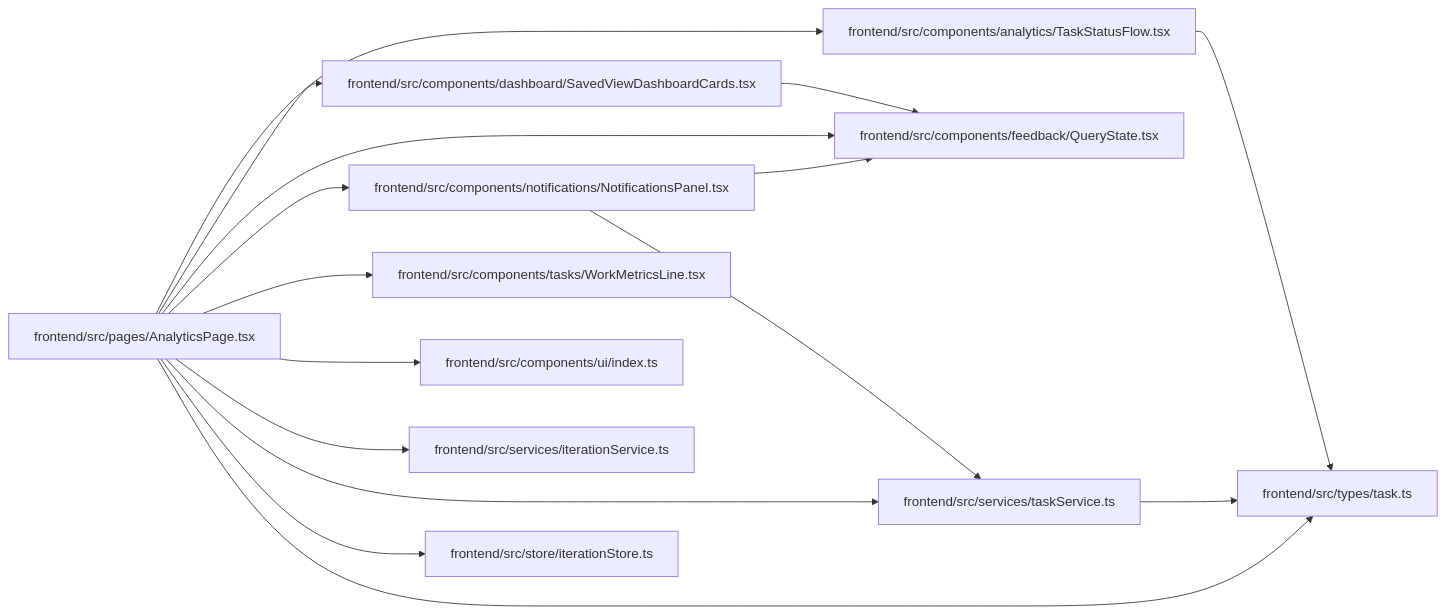
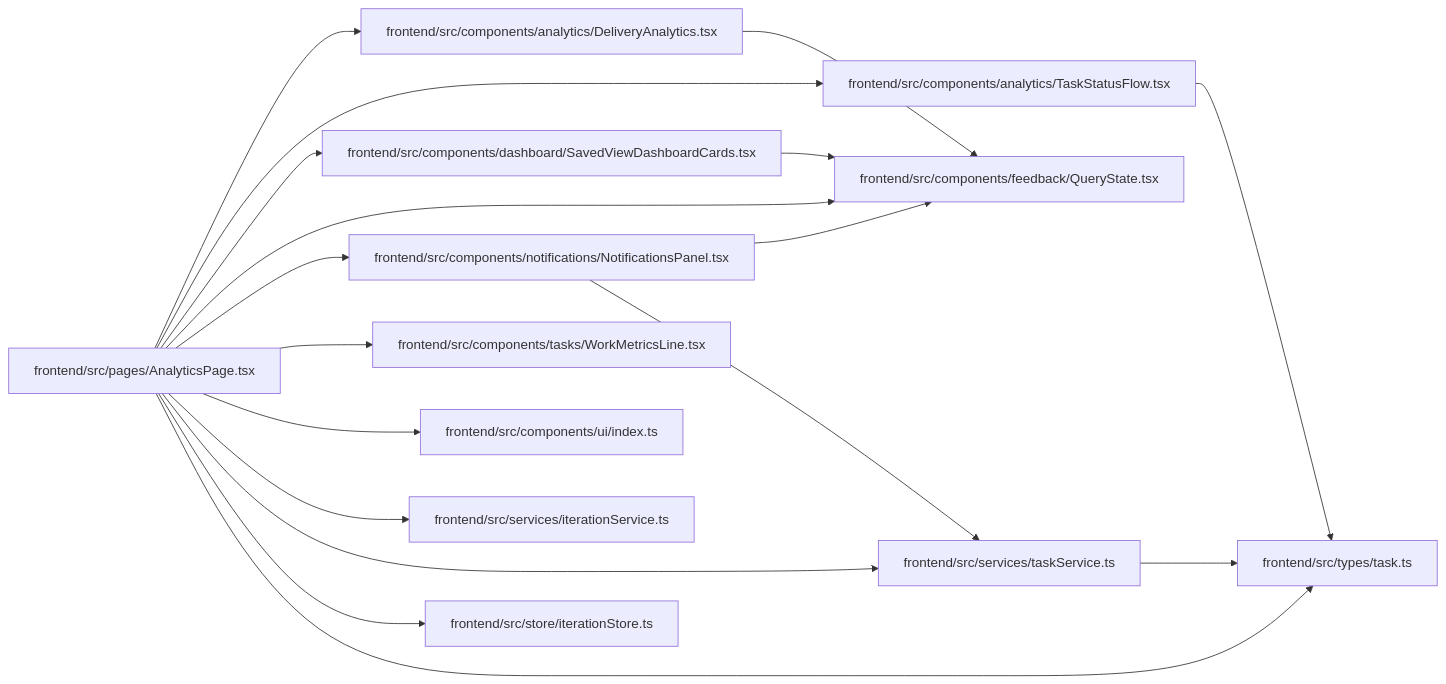
The diagram in docs/llm_wiki/modules/AnalyticsPage.md (Denissvgn/WorkChord), drawn with Mermaid before and after one commit. The commit also changed other lines of this file and 6624 other files, not shown here.

````diff
--- a/docs/llm_wiki/modules/AnalyticsPage.md
+++ b/docs/llm_wiki/modules/AnalyticsPage.md
@@ -36,40 +37,44 @@
 ```mermaid
 flowchart LR
-    n0["frontend/src/components/analytics/TaskStatusFlow.tsx"]
-    n1["frontend/src/components/dashboard/SavedViewDashboardCards.tsx"]
-    n2["frontend/src/components/feedback/QueryState.tsx"]
-    n3["frontend/src/components/notifications/NotificationsPanel.tsx"]
-    n4["frontend/src/components/tasks/WorkMetricsLine.tsx"]
-    n5["frontend/src/components/ui/index.ts"]
-    n6["frontend/src/pages/AnalyticsPage.tsx"]
-    n7["frontend/src/services/iterationService.ts"]
-    n8["frontend/src/services/taskService.ts"]
-    n9["frontend/src/store/iterationStore.ts"]
-    n10["frontend/src/types/task.ts"]
-    n0 --> n10
-    n1 --> n2
-    n3 --> n2
-    n3 --> n8
-    n6 --> n0
-    n6 --> n1
-    n6 --> n2
-    n6 --> n3
-    n6 --> n4
-    n6 --> n5
-    n6 --> n7
-    n6 --> n8
-    n6 --> n9
-    n6 --> n10
-    n8 --> n10
-    click n0 "../modules/TaskStatusFlow.md"
-    click n1 "../modules/SavedViewDashboardCards.md"
-    click n2 "../modules/QueryState.md"
-    click n3 "../modules/NotificationsPanel.md"
-    click n4 "../modules/WorkMetricsLine.md"
-    click n5 "../modules/index.md"
-    click n6 "../modules/AnalyticsPage.md"
-    click n7 "../modules/iterationService.md"
-    click n8 "../modules/taskService.md"
-    click n9 "../modules/iterationStore.md"
-    click n10 "../modules/types_task.md"
+    n0["frontend/src/components/analytics/DeliveryAnalytics.tsx"]
+    n1["frontend/src/components/analytics/TaskStatusFlow.tsx"]
+    n2["frontend/src/components/dashboard/SavedViewDashboardCards.tsx"]
+    n3["frontend/src/components/feedback/QueryState.tsx"]
+    n4["frontend/src/components/notifications/NotificationsPanel.tsx"]
+    n5["frontend/src/components/tasks/WorkMetricsLine.tsx"]
+    n6["frontend/src/components/ui/index.ts"]
+    n7["frontend/src/pages/AnalyticsPage.tsx"]
+    n8["frontend/src/services/iterationService.ts"]
+    n9["frontend/src/services/taskService.ts"]
+    n10["frontend/src/store/iterationStore.ts"]
+    n11["frontend/src/types/task.ts"]
+    n0 --> n3
+    n1 --> n11
+    n2 --> n3
+    n4 --> n3
+    n4 --> n9
+    n7 --> n0
+    n7 --> n1
+    n7 --> n2
+    n7 --> n3
+    n7 --> n4
+    n7 --> n5
+    n7 --> n6
+    n7 --> n8
+    n7 --> n9
+    n7 --> n10
+    n7 --> n11
+    n9 --> n11
+    click n0 "../modules/DeliveryAnalytics.md"
+    click n1 "../modules/TaskStatusFlow.md"
+    click n2 "../modules/SavedViewDashboardCards.md"
+    click n3 "../modules/QueryState.md"
+    click n4 "../modules/NotificationsPanel.md"
+    click n5 "../modules/WorkMetricsLine.md"
+    click n6 "../modules/index.md"
+    click n7 "../modules/AnalyticsPage.md"
+    click n8 "../modules/iterationService.md"
+    click n9 "../modules/taskService.md"
+    click n10 "../modules/iterationStore.md"
+    click n11 "../modules/types_task.md"
 ```
````
